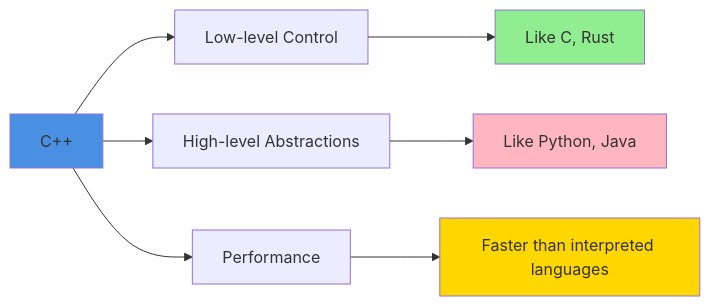
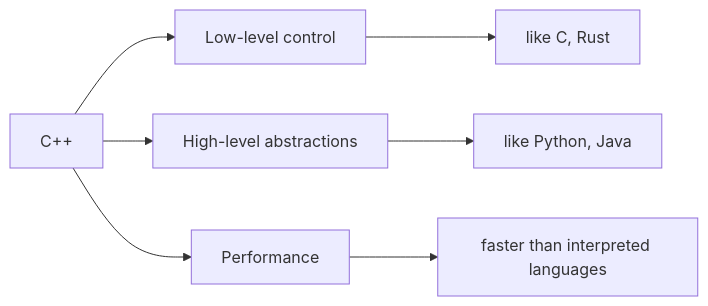
The second of 2 diagrams in docs/programming/cpp/00-overview/what-is-cpp.md (AndriiSonsiadlo/knowledge-base), drawn with Mermaid before and after one commit. The commit also changed 1 other file, not shown here.

Commit message:
docs (C++): add overview landing page and tidy theme-agnostic diagrams

````diff
--- a/docs/programming/cpp/00-overview/what-is-cpp.md
+++ b/docs/programming/cpp/00-overview/what-is-cpp.md
@@ -148,15 +148,10 @@
 ```mermaid
 graph LR
-    A[C++] --> B[Low-level Control]
-    A --> C[High-level Abstractions]
+    A[C++] --> B[Low-level control]
+    A --> C[High-level abstractions]
     A --> D[Performance]
-    
-    B --> E[Like C, Rust]
-    C --> F[Like Python, Java]
-    D --> G[Faster than interpreted languages]
-    
-    style A fill:#4A90E2
-    style E fill:#90EE90
-    style F fill:#FFB6C1
-    style G fill:#FFD700
+
+    B --> E[like C, Rust]
+    C --> F[like Python, Java]
+    D --> G[faster than interpreted languages]
 ```
````
